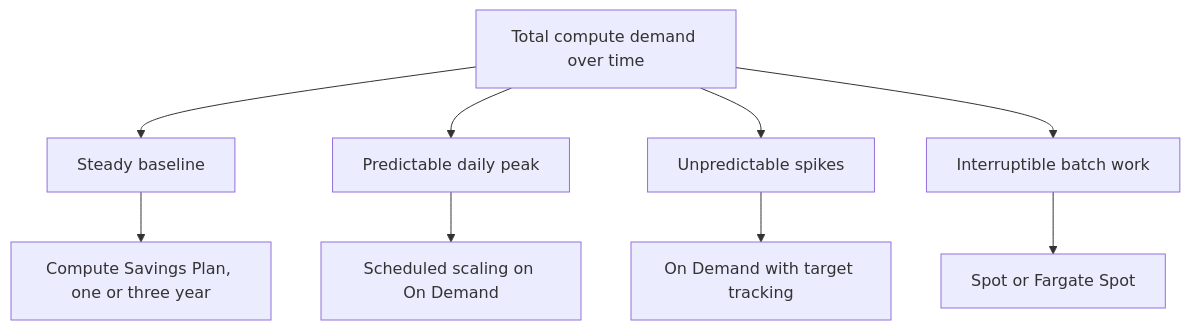
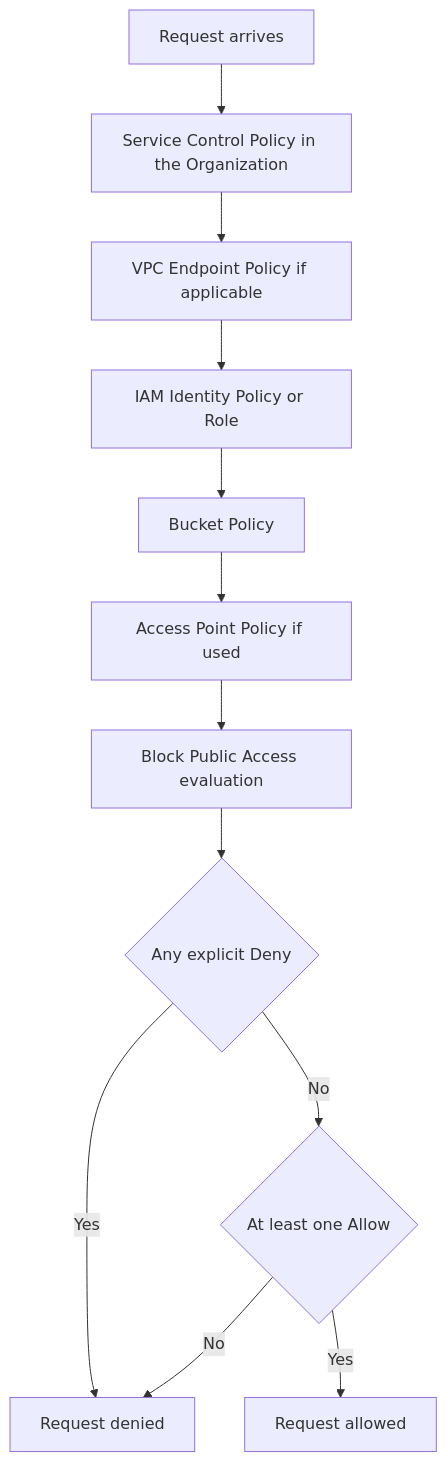
Diagram 17 of 22 in docs/unit1/topic4.md (norbutlepcha25/dso303), drawn with Mermaid before and after one commit. The commit also changed other lines of this file and 945 other files, not shown here.

````diff
--- a/docs/unit1/topic4.md
+++ b/docs/unit1/topic4.md
@@ -1374,11 +1233,14 @@
 ```mermaid
 graph TD
-    A["Total compute demand over time"] --> B["Steady baseline"]
-    A --> C["Predictable daily peak"]
-    A --> D["Unpredictable spikes"]
-    A --> E["Interruptible batch work"]
-    B --> F["Compute Savings Plan, one or three year"]
-    C --> G["Scheduled scaling on On Demand"]
-    D --> H["On Demand with target tracking"]
-    E --> I["Spot or Fargate Spot"]
+    A["Request arrives"] --> B["Service Control Policy in the Organization"]
+    B --> C["VPC Endpoint Policy if applicable"]
+    C --> D["IAM Identity Policy or Role"]
+    D --> E["Bucket Policy"]
+    E --> F["Access Point Policy if used"]
+    F --> G["Block Public Access evaluation"]
+    G --> H{"Any explicit Deny"}
+    H -->|"Yes"| I["Request denied"]
+    H -->|"No"| J{"At least one Allow"}
+    J -->|"Yes"| K["Request allowed"]
+    J -->|"No"| I
 ```
````
